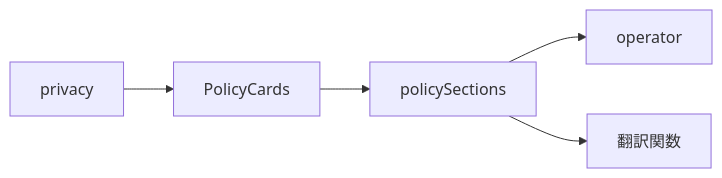
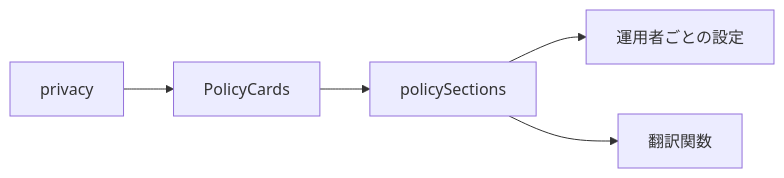
One commit to nekono-dev/skyshare changed the first of 2 diagrams in specs/privacy-policy/design.md. Above: the diagram before and after it, drawn with Mermaid. The commit also changed other lines of this file and 31 other files, not shown here.

````diff
--- a/specs/privacy-policy/design.md
+++ b/specs/privacy-policy/design.md
@@ -16,7 +15,7 @@
 ```mermaid
 flowchart LR
   privacy --> PolicyCards
   PolicyCards --> policySections
-  policySections --> operator
+  policySections --> ext_siteConfig["運用者ごとの設定"]
   policySections --> ext_translate["翻訳関数"]
 ```
````
